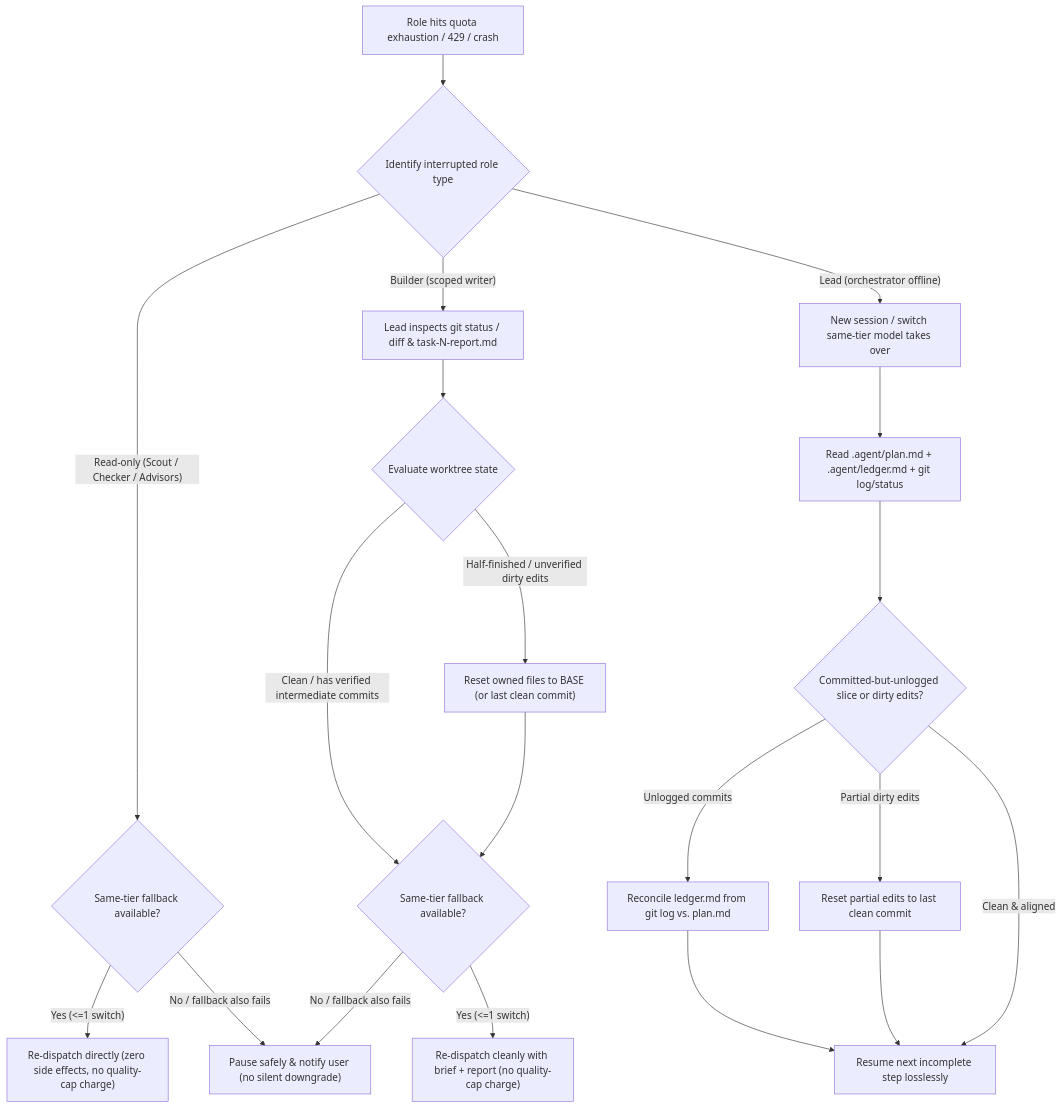
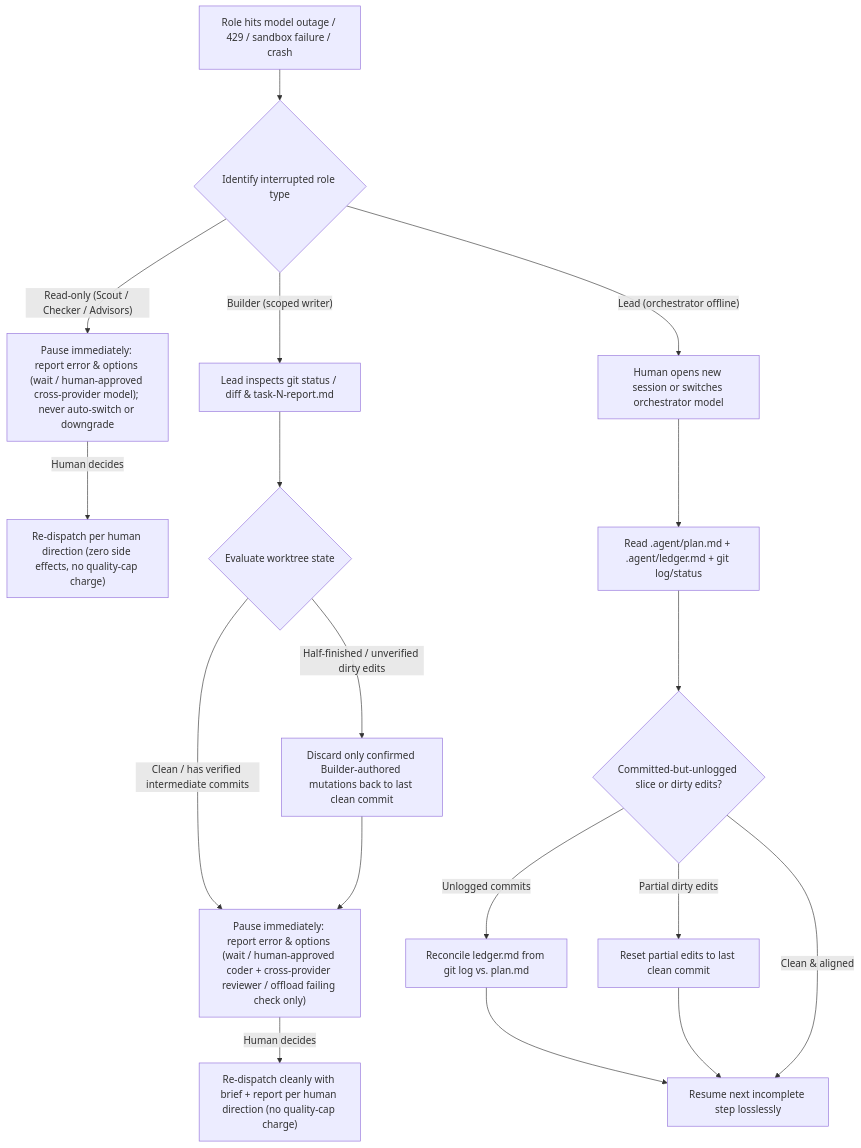
The diagram in docs/en/fault-recovery.md (Ho-hum/hohum-agents), drawn with Mermaid before and after one commit. The commit also changed other lines of this file and 13 other files, not shown here.

Commit message:
feat(workflow,bridge): add sandbox probes, whole-branch review, human model/UI gates, and spike A/B/C rules

````diff
--- a/docs/en/fault-recovery.md
+++ b/docs/en/fault-recovery.md
@@ -40,19 +40,17 @@
 ```mermaid
 flowchart TD
-    E["Role hits quota exhaustion / 429 / crash"] --> T{"Identify interrupted role type"}
-    T -->|"Read-only (Scout / Checker / Advisors)"| RO{"Same-tier fallback available?"}
-    RO -->|"Yes (<=1 switch)"| RE1["Re-dispatch directly (zero side effects, no quality-cap charge)"]
-    RO -->|"No / fallback also fails"| PAUSE["Pause safely & notify user (no silent downgrade)"]
+    E["Role hits model outage / 429 / sandbox failure / crash"] --> T{"Identify interrupted role type"}
+    T -->|"Read-only (Scout / Checker / Advisors)"| PAUSE1["Pause immediately: report error & options (wait / human-approved cross-provider model); never auto-switch or downgrade"]
+    PAUSE1 -->|"Human decides"| RE1["Re-dispatch per human direction (zero side effects, no quality-cap charge)"]
     T -->|"Builder (scoped writer)"| CHK["Lead inspects git status / diff & task-N-report.md"]
     CHK --> D{"Evaluate worktree state"}
-    D -->|"Clean / has verified intermediate commits"| B1{"Same-tier fallback available?"}
-    D -->|"Half-finished / unverified dirty edits"| RST["Reset owned files to BASE (or last clean commit)"] --> B1
-    B1 -->|"Yes (<=1 switch)"| RE2["Re-dispatch cleanly with brief + report (no quality-cap charge)"]
-    B1 -->|"No / fallback also fails"| PAUSE
-    T -->|"Lead (orchestrator offline)"| L1["New session / switch same-tier model takes over"]
+    D -->|"Clean / has verified intermediate commits"| PAUSE2["Pause immediately: report error & options (wait / human-approved coder + cross-provider reviewer / offload failing check only)"]
+    D -->|"Half-finished / unverified dirty edits"| RST["Discard only confirmed Builder-authored mutations back to last clean commit"] --> PAUSE2
+    PAUSE2 -->|"Human decides"| RE2["Re-dispatch cleanly with brief + report per human direction (no quality-cap charge)"]
+    T -->|"Lead (orchestrator offline)"| L1["Human opens new session or switches orchestrator model"]
     L1 --> L2["Read .agent/plan.md + .agent/ledger.md + git log/status"]
     L2 --> L3{"Committed-but-unlogged slice or dirty edits?"}
     L3 -->|"Unlogged commits"| SYNC["Reconcile ledger.md from git log vs. plan.md"] --> CONT["Resume next incomplete step losslessly"]
     L3 -->|"Partial dirty edits"| RST2["Reset partial edits to last clean commit"] --> CONT
     L3 -->|"Clean & aligned"| CONT
 ```
````
